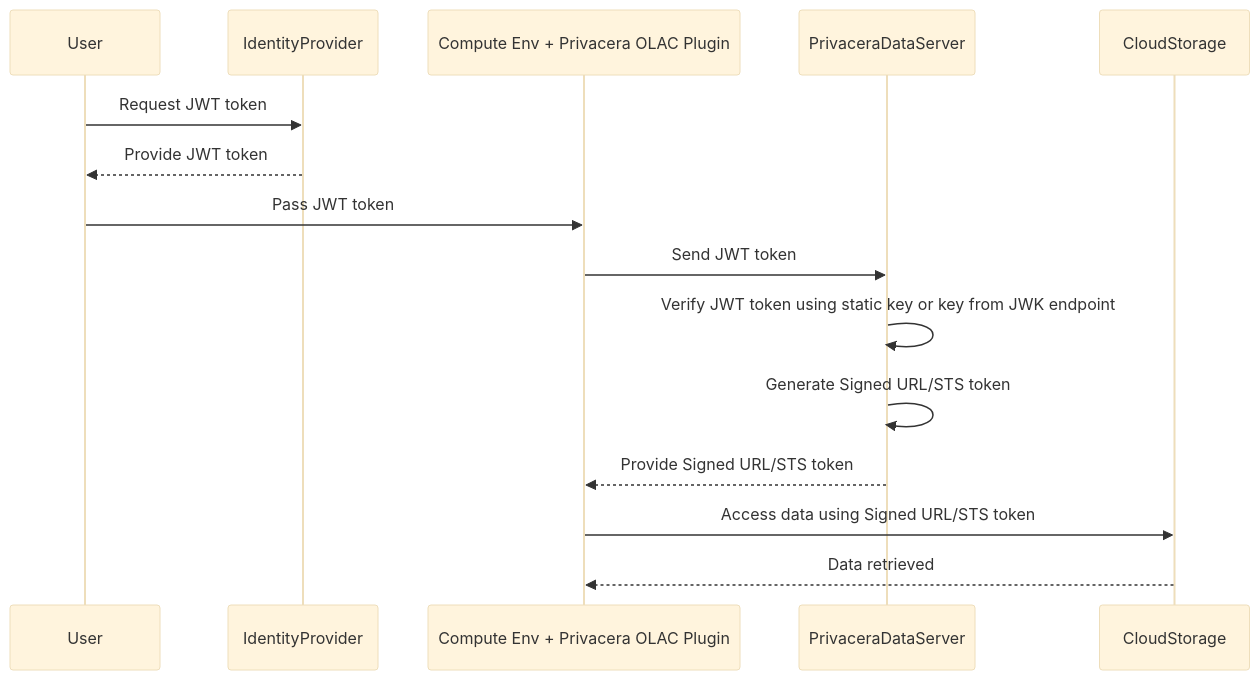
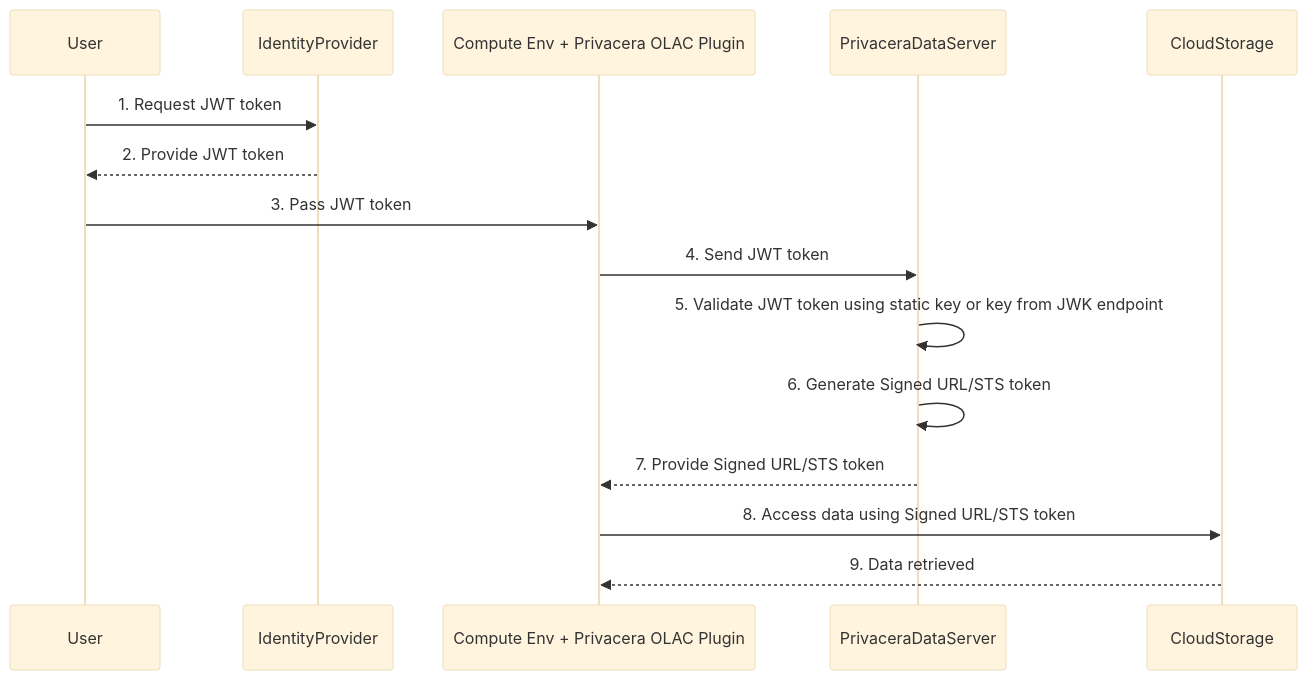
The first of 2 diagrams in mkdocs/docs/resources/design/access-management/jwt_token_user_identity.md (rangrej-irfan/docs), drawn with Mermaid (base theme) before and after one commit. The commit also changed other lines of this file and 1 other file, not shown here.

````diff
--- a/mkdocs/docs/resources/design/access-management/jwt_token_user_identity.md
+++ b/mkdocs/docs/resources/design/access-management/jwt_token_user_identity.md
@@ -37,18 +37,18 @@
 ```mermaid
 sequenceDiagram
     participant User
     participant IdentityProvider
     participant ComputeEnv as Compute Env + Privacera OLAC Plugin 
     participant PrivaceraDataServer
     participant CloudStorage
 
-    User->>IdentityProvider: Request JWT token
-    IdentityProvider-->>User: Provide JWT token
-    User->>ComputeEnv: Pass JWT token
-    ComputeEnv->>PrivaceraDataServer: Send JWT token
-    PrivaceraDataServer->>PrivaceraDataServer: Verify JWT token using static key or key from JWK endpoint
-    PrivaceraDataServer->>PrivaceraDataServer: Generate Signed URL/STS token
-    PrivaceraDataServer-->>ComputeEnv: Provide Signed URL/STS token
-    ComputeEnv->>CloudStorage: Access data using Signed URL/STS token
-    CloudStorage-->>ComputeEnv: Data retrieved
+    User->>IdentityProvider: 1. Request JWT token
+    IdentityProvider-->>User: 2. Provide JWT token
+    User->>ComputeEnv: 3. Pass JWT token
+    ComputeEnv->>PrivaceraDataServer: 4. Send JWT token
+    PrivaceraDataServer->>PrivaceraDataServer: 5. Validate JWT token using static key or key from JWK endpoint
+    PrivaceraDataServer->>PrivaceraDataServer: 6. Generate Signed URL/STS token
+    PrivaceraDataServer-->>ComputeEnv: 7. Provide Signed URL/STS token
+    ComputeEnv->>CloudStorage: 8. Access data using Signed URL/STS token
+    CloudStorage-->>ComputeEnv: 9. Data retrieved
 ```
````
